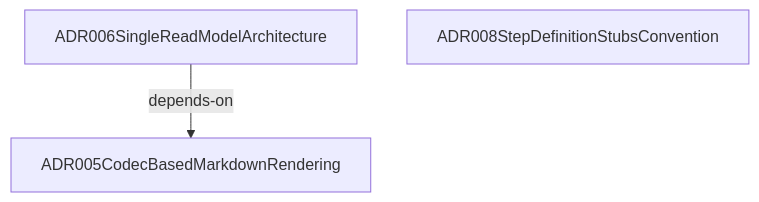
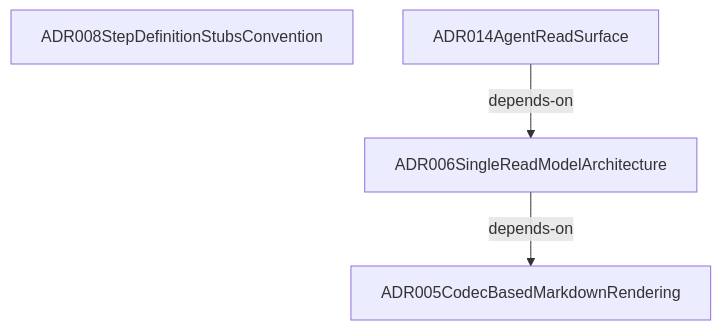
One commit to libar-dev/architect changed the third of 4 diagrams in docs-live/architecture/layered.md. Above: the diagram before and after it, drawn with Mermaid. The commit also changed other lines of this file and 21 other files, not shown here.

First line of the commit message:
docs(live): regenerate docs-live from the reshaped graph

````diff
--- a/docs-live/architecture/layered.md
+++ b/docs-live/architecture/layered.md
@@ -41,7 +42,9 @@
 ```mermaid
 graph TD
   adr005codecbasedmarkdownrendering["ADR005CodecBasedMarkdownRendering"]
   adr006singlereadmodelarchitecture["ADR006SingleReadModelArchitecture"]
   adr008stepdefinitionstubsconvention["ADR008StepDefinitionStubsConvention"]
+  adr014agentreadsurface["ADR014AgentReadSurface"]
   adr006singlereadmodelarchitecture -->|depends-on| adr005codecbasedmarkdownrendering
+  adr014agentreadsurface -->|depends-on| adr006singlereadmodelarchitecture
 ```
````
